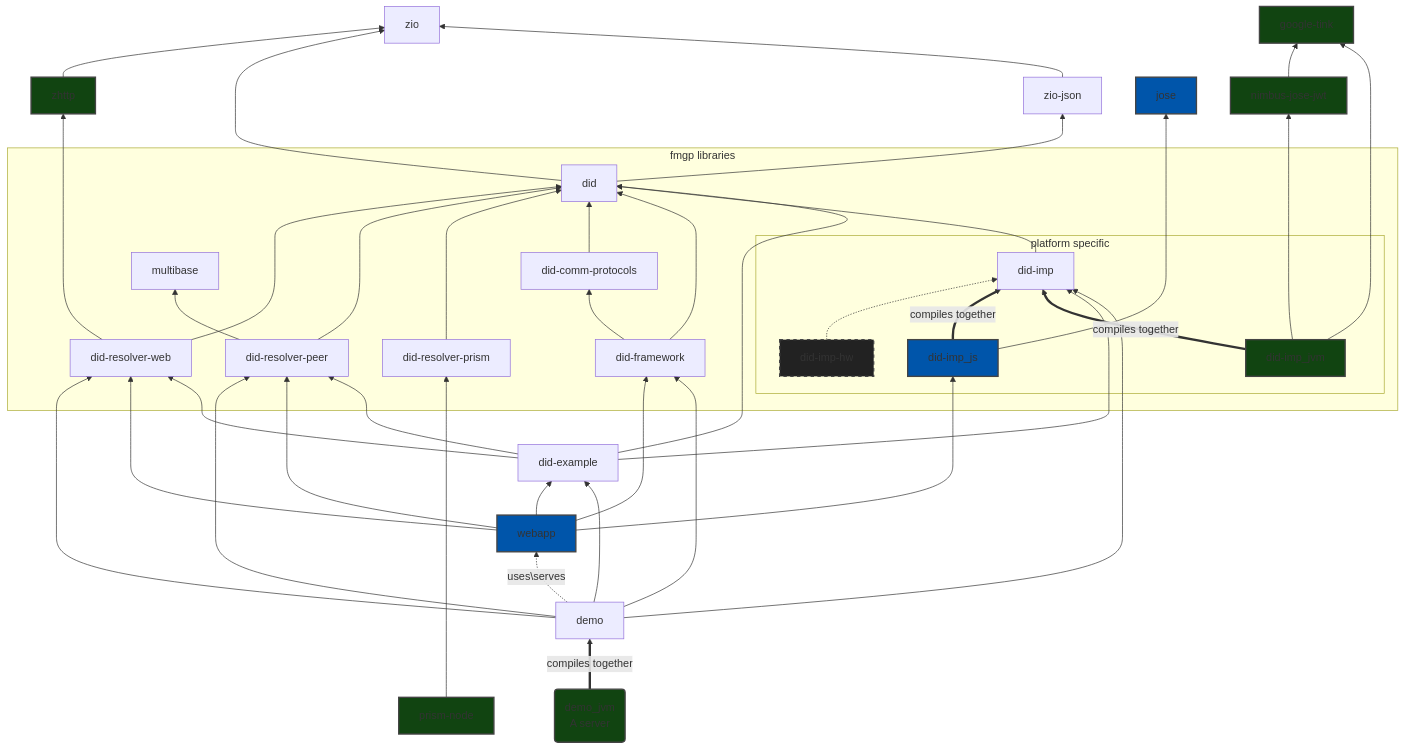
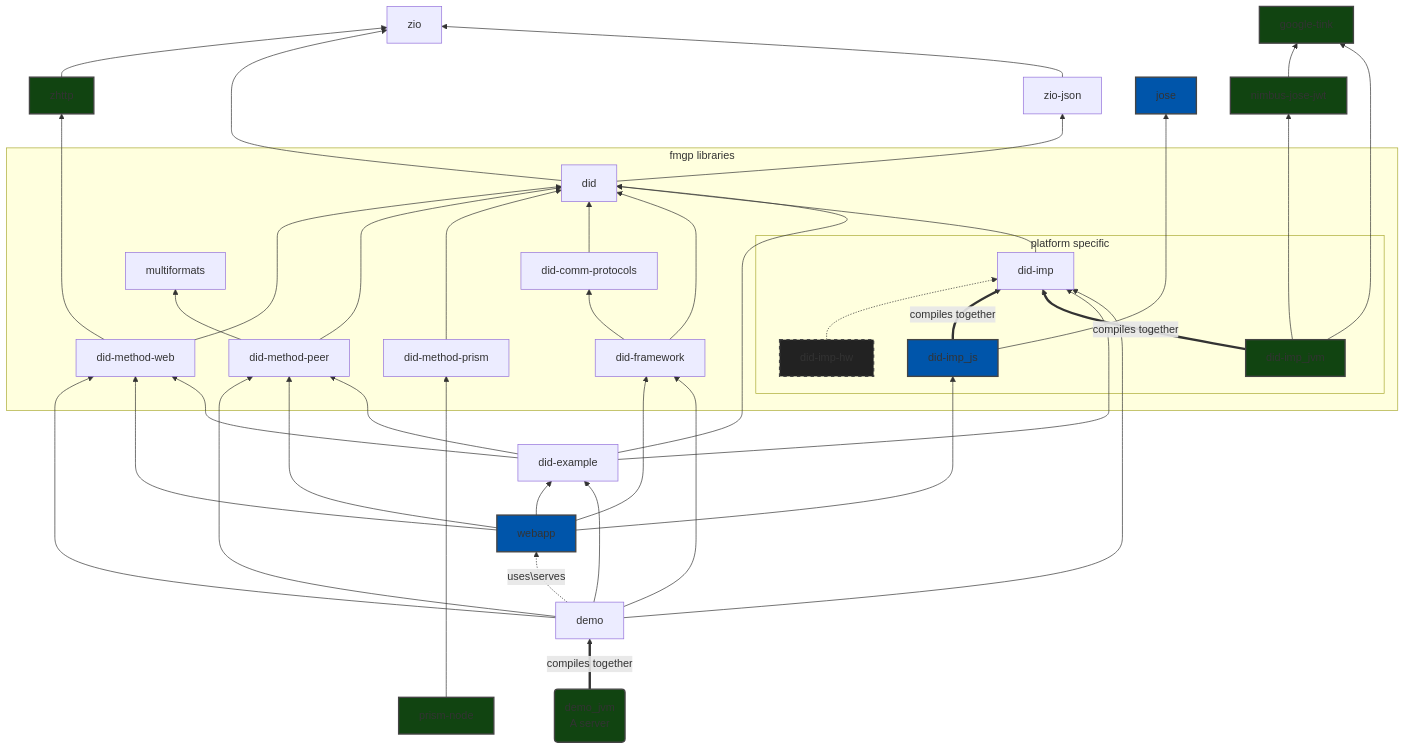
One commit to FabioPinheiro/scala-did changed the diagram in README.md. Above: the diagram before and after it, drawn with Mermaid. The commit also changed other lines of this file, not shown here.

````diff
--- a/README.md
+++ b/README.md
@@ -78,60 +95,60 @@
 ```mermaid
 flowchart BT
 
   zhttp --> zio
   did --> zio
   zio-json --> zio
   did --> zio-json
-  did-resolver-web ----> zhttp:::JVM
+  did-method-web ----> zhttp:::JVM
 
   subgraph fmgp libraries
-    did-resolver-peer --> multibase
+    did-method-peer --> multiformats
     subgraph platform specific
       did-imp
       did-imp-hw:::Others -.-> did-imp
       did-imp_js:::JS ==>|compiles together| did-imp
       did-imp_jvm:::JVM ==>|compiles together| did-imp
     end
-    did-resolver-web --> did
-    did-resolver-peer --> did
-    did-resolver-prism ---> did
+    did-method-web --> did
+    did-method-peer --> did
+    did-method-prism ---> did
     did-comm-protocols --> did
     did-framework --> did
     did-framework --> did-comm-protocols
     did-imp --> did
   end
 
-  prism-node:::JVM -----> did-resolver-prism
+  prism-node:::JVM -----> did-method-prism
 
   did-example ----> did
   did-example --> did-imp
-  demo --> did-imp 
+  demo --> did-imp
 
   did-imp_jvm:::JVM ----> nimbus-jose-jwt:::JVM --> google-tink:::JVM
   did-imp_jvm:::JVM ---> google-tink
 
   did-imp_js ----> jose:::JS
 
   %% subgraph demo/docs
     webapp:::JS --> did-framework
     demo --> did-framework
-    demo --> did-resolver-web
-    demo --> did-resolver-peer
+    demo --> did-method-web
+    demo --> did-method-peer
     webapp:::JS --> did-imp_js
-    webapp:::JS  --> did-resolver-web
-    webapp:::JS  --> did-resolver-peer
+    webapp:::JS  --> did-method-web
+    webapp:::JS  --> did-method-peer
     webapp:::JS  --> did-example
     demo  --> did-example
     demo -.->|uses\serves| webapp
 
     demo_jvm(demo_jvm\nA server):::JVM ==>|compiles together| demo
 
-    did-example  --> did-resolver-peer
-    did-example  --> did-resolver-web
+    did-example  --> did-method-peer
+    did-example  --> did-method-web
   %% end
 
   classDef JVM fill:#141,stroke:#444,stroke-width:2px;
   classDef JS fill:#05a,stroke:#444,stroke-width:2px;
   classDef Others fill:#222,stroke:#444,stroke-width:2px,stroke-dasharray: 5 5;
 
 ```
````
